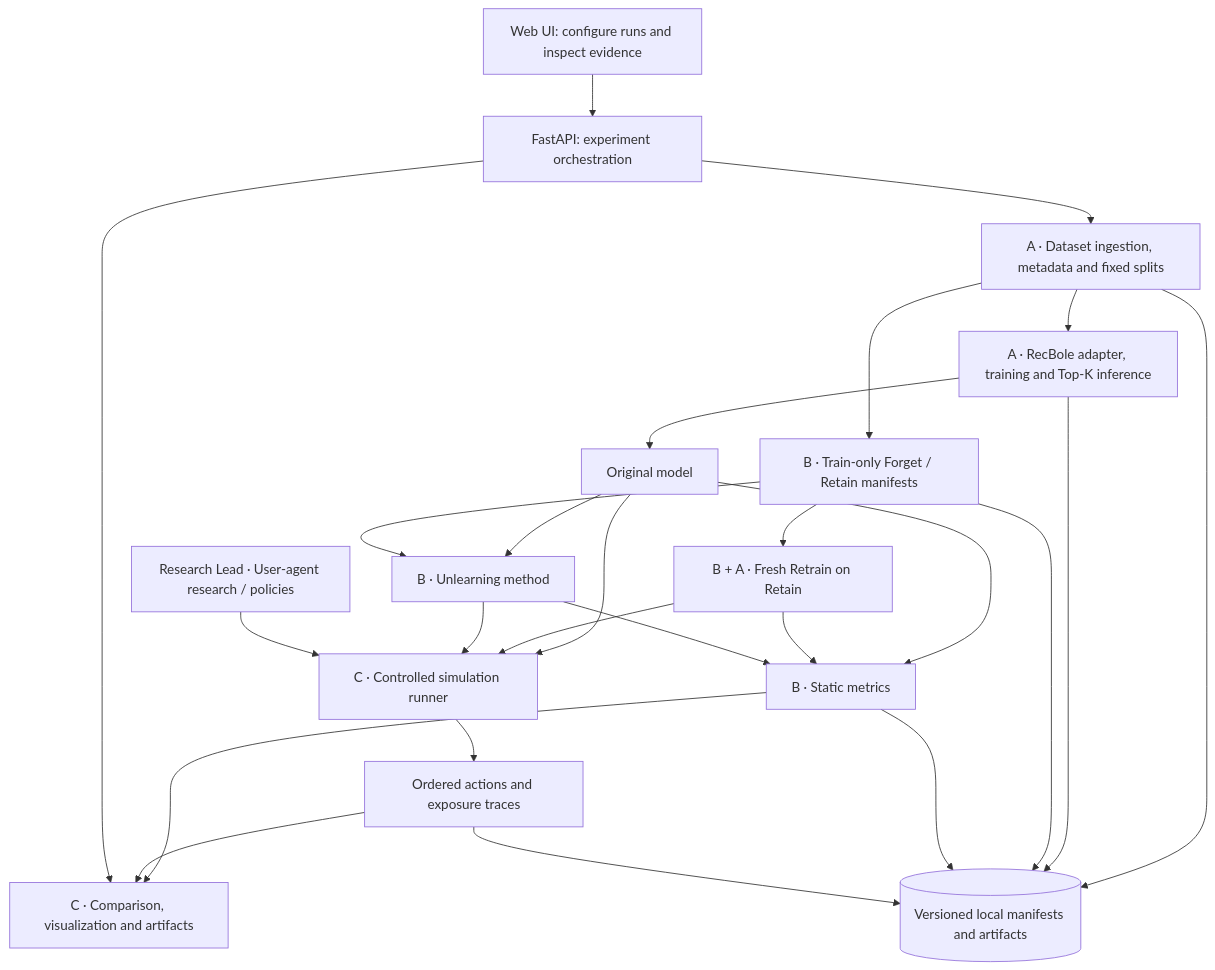
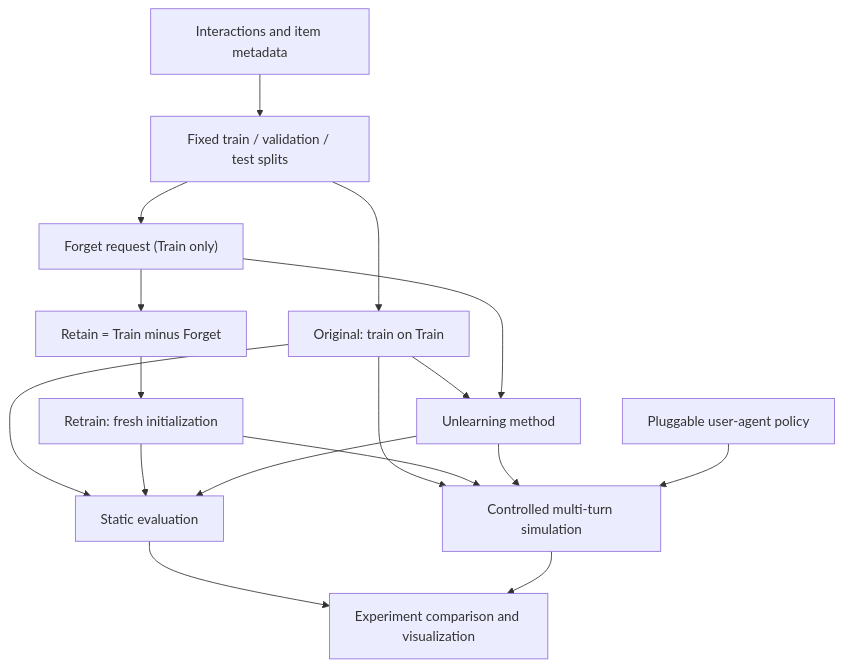
Before and after one commit to Kyunic/AfterRec: the diagram in docs/architecture/OVERVIEW.md, drawn with Mermaid. The commit also changed other lines of this file, not shown here.

Commit message:
docs: rewrite public-facing docs/architecture/OVERVIEW.md for AfterRec

````diff
--- a/docs/architecture/OVERVIEW.md
+++ b/docs/architecture/OVERVIEW.md
@@ -27,27 +11,19 @@
 ```mermaid
 flowchart TB
-    UI["Web UI: configure runs and inspect evidence"] --> API["FastAPI: experiment orchestration"]
-    API --> DATA["A · Dataset ingestion, metadata and fixed splits"]
-    DATA --> TRAIN["A · RecBole adapter, training and Top-K inference"]
-    TRAIN --> ORIG["Original model"]
-    DATA --> FORGET["B · Train-only Forget / Retain manifests"]
-    FORGET --> RETRAIN["B + A · Fresh Retrain on Retain"]
-    ORIG --> UNLEARN["B · Unlearning method"]
-    FORGET --> UNLEARN
-    ORIG --> STATIC["B · Static metrics"]
+    DATA["Interactions and item metadata"] --> SPLIT["Fixed train / validation / test splits"]
+    SPLIT --> ORIG["Original: train on Train"]
+    SPLIT --> REQ["Forget request (Train only)"]
+    REQ --> RETAIN["Retain = Train minus Forget"]
+    RETAIN --> RETRAIN["Retrain: fresh initialization"]
+    ORIG --> UNLEARN["Unlearning method"]
+    REQ --> UNLEARN
+    ORIG --> STATIC["Static evaluation"]
     RETRAIN --> STATIC
     UNLEARN --> STATIC
-    ORIG --> SIM["C · Controlled simulation runner"]
+    ORIG --> SIM["Controlled multi-turn simulation"]
     RETRAIN --> SIM
     UNLEARN --> SIM
-    POLICY["Research Lead · User-agent research / policies"] --> SIM
-    SIM --> TRACE["Ordered actions and exposure traces"]
-    STATIC --> REPORT["C · Comparison, visualization and artifacts"]
-    TRACE --> REPORT
-    API --> REPORT
-    DATA --> STORE[("Versioned local manifests and artifacts")]
-    TRAIN --> STORE
-    FORGET --> STORE
-    STATIC --> STORE
-    TRACE --> STORE
+    POLICY["Pluggable user-agent policy"] --> SIM
+    STATIC --> REPORT["Experiment comparison and visualization"]
+    SIM --> REPORT
 ```
````
